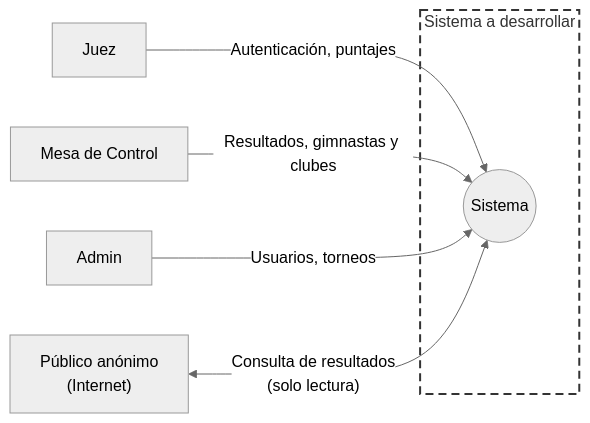
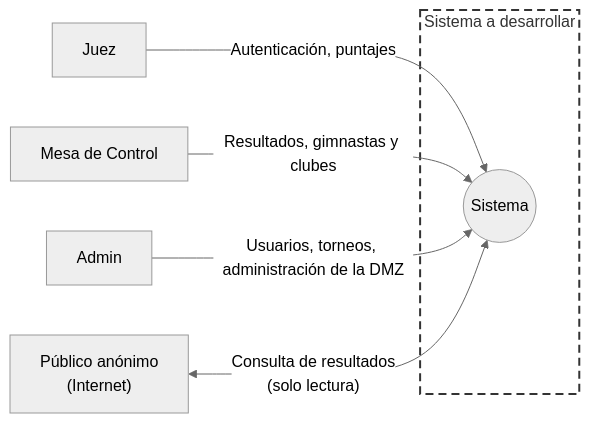
One commit to valentina-blanco/practico5-dssw changed the first of 2 diagrams in README.md. Above: the diagram before and after it, drawn with Mermaid (neutral theme). The commit also changed other lines of this file, not shown here.

````diff
--- a/README.md
+++ b/README.md
@@ -217,18 +220,18 @@
 ```mermaid
 flowchart LR
     juez["Juez"]
     mesa["Mesa de Control"]
     admin["Admin"]
     publico["Público anónimo<br/>(Internet)"]
 
     subgraph FRONTERA["Sistema a desarrollar"]
         sistema(("Sistema"))
     end
 
     juez -->|"Autenticación, puntajes"| sistema
     mesa -->|"Resultados, gimnastas y clubes"| sistema
-    admin -->|"Usuarios, torneos"| sistema
+    admin -->|"Usuarios, torneos, administración de la DMZ"| sistema
     publico <-->|"Consulta de resultados<br/>(solo lectura)"| sistema
 
     style FRONTERA fill:#ffffff,stroke:#333333,stroke-width:2px,stroke-dasharray:8 5
 ```
````
